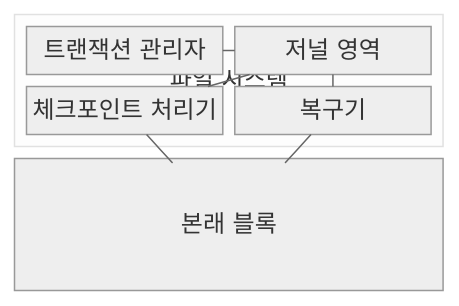
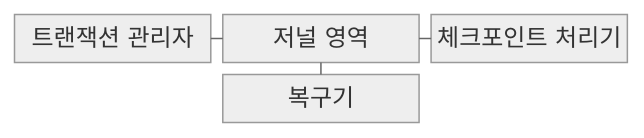
The first of 2 diagrams in src/content/docs/notes/03-software/021_file_system_journaling.md (agnusdei1207/knowledge-base), drawn with Mermaid (neutral theme) before and after one commit. The commit also changed other lines of this file and 493 other files, not shown here.

````diff
--- a/src/content/docs/notes/03-software/021_file_system_journaling.md
+++ b/src/content/docs/notes/03-software/021_file_system_journaling.md
@@ -69,17 +69,9 @@
 ```mermaid
-block
-    columns 1
-    block:FS["파일 시스템"]
-        columns 2
-        T["트랜잭션 관리자"]
-        J["저널 영역"]
-        K["체크포인트 처리기"]
-        R["복구기"]
-    end
-    H["본래 블록"]
-    T --- J
-    J --- K
-    J --- R
-    K --- H
-    R --- H
+block-beta
+  columns 3
+  T["트랜잭션 관리자"] J["저널 영역"] K["체크포인트 처리기"]
+  space R["복구기"] space
+  T --- J
+  J --- K
+  J --- R
 ```
````
